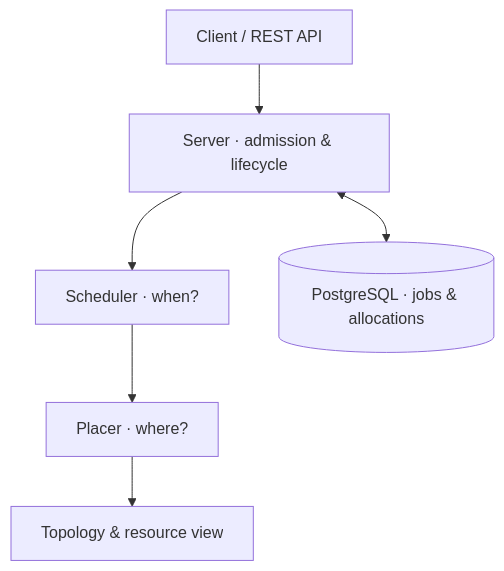
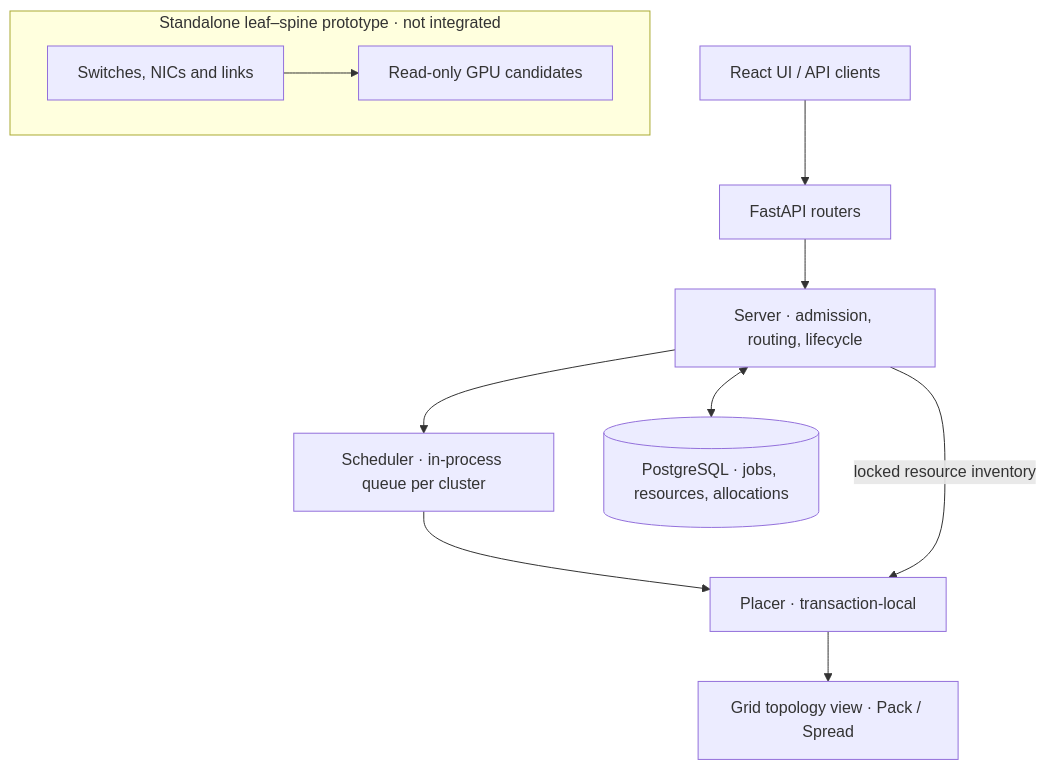
Before and after one commit to labo-man002/job-scheduler: the diagram in README.md, drawn with Mermaid. The commit also changed other lines of this file, not shown here.

Commit message:
docs: align README architecture overview with live boundaries

````diff
--- a/README.md
+++ b/README.md
@@ -50,8 +50,14 @@
 ```mermaid
 flowchart TD
-    A["Client / REST API"] --> B["Server · admission & lifecycle"]
-    B --> C["Scheduler · when?"]
-    C --> D["Placer · where?"]
-    D --> E["Topology & resource view"]
-    B <--> F[("PostgreSQL · jobs & allocations")]
+    UI["React UI / API clients"] --> R["FastAPI routers"]
+    R --> S["Server · admission, routing, lifecycle"]
+    S --> Q["Scheduler · in-process queue per cluster"]
+    Q --> P["Placer · transaction-local"]
+    P --> T["Grid topology view · Pack / Spread"]
+    S <--> DB[("PostgreSQL · jobs, resources, allocations")]
+    S -- "locked resource inventory" --> P
+
+    subgraph F["Standalone leaf–spine prototype · not integrated"]
+        LS["Switches, NICs and links"] --> CF["Read-only GPU candidates"]
+    end
 ```
````
